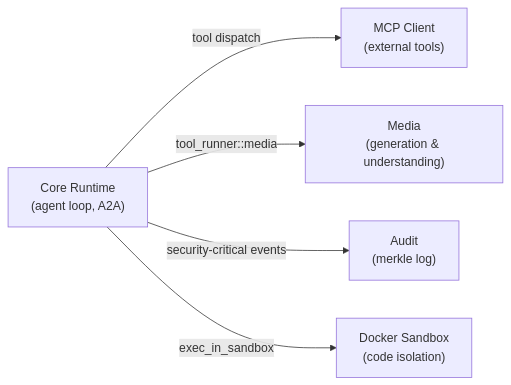
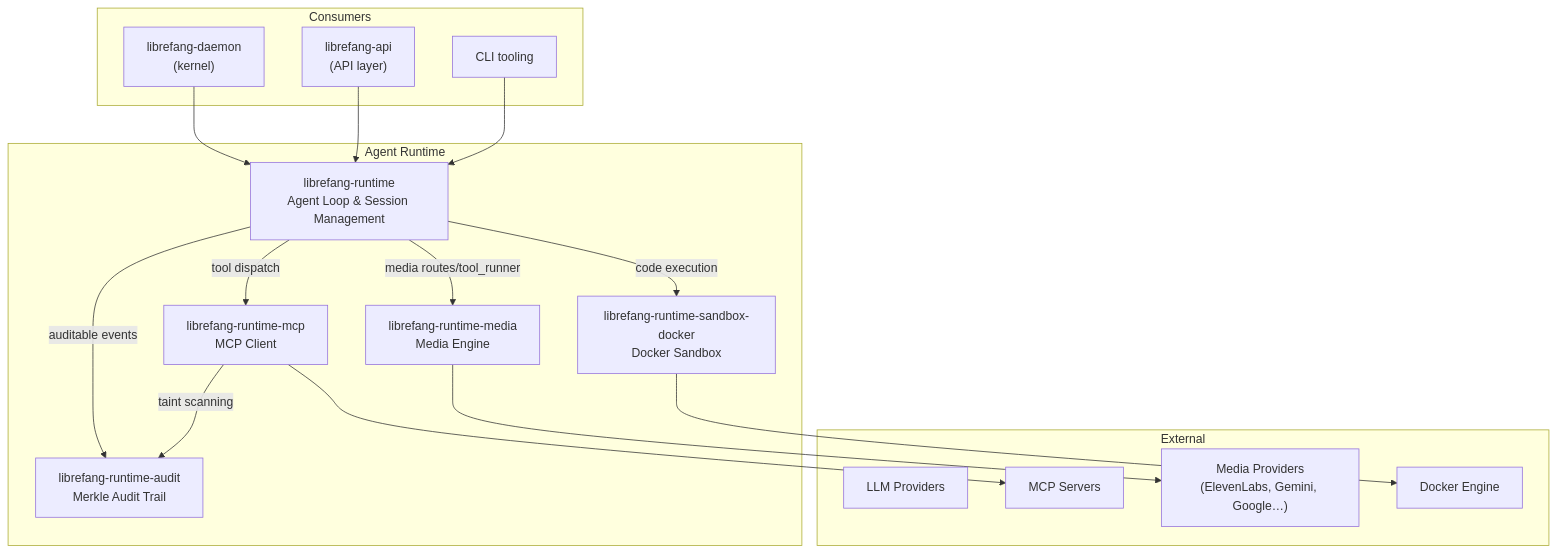
One commit to leszek3737/librefang-WIki changed the diagram in agent-runtime.md. Above: the diagram before and after it, drawn with Mermaid. The commit also changed other lines of this file and 119 other files, not shown here.

````diff
--- a/agent-runtime.md
+++ b/agent-runtime.md
@@ -19,13 +9,37 @@
 ```mermaid
-graph LR
-    Core["Core Runtime<br/>(agent loop, A2A)"]
-    Audit["Audit<br/>(merkle log)"]
-    MCP["MCP Client<br/>(external tools)"]
-    Media["Media<br/>(generation & understanding)"]
-    Sandbox["Docker Sandbox<br/>(code isolation)"]
+graph TB
+    subgraph "Consumers"
+        Kernel["librefang-daemon<br/>(kernel)"]
+        API["librefang-api<br/>(API layer)"]
+        CLI["CLI tooling"]
+    end
+
+    subgraph "Agent Runtime"
+        Core["librefang-runtime<br/>Agent Loop & Session Management"]
+        Audit["librefang-runtime-audit<br/>Merkle Audit Trail"]
+        MCP["librefang-runtime-mcp<br/>MCP Client"]
+        Media["librefang-runtime-media<br/>Media Engine"]
+        Sandbox["librefang-runtime-sandbox-docker<br/>Docker Sandbox"]
+    end
+
+    subgraph "External"
+        LLM["LLM Providers"]
+        MCPS["MCP Servers"]
+        Prov["Media Providers<br/>(ElevenLabs, Gemini, Google…)"]
+        Docker["Docker Engine"]
+    end
+
+    Kernel --> Core
+    API --> Core
+    CLI --> Core
 
     Core -->|"tool dispatch"| MCP
-    Core -->|"tool_runner::media"| Media
-    Core -->|"security-critical events"| Audit
-    Core -->|"exec_in_sandbox"| Sandbox
+    Core -->|"media routes/tool_runner"| Media
+    Core -->|"code execution"| Sandbox
+    Core -->|"auditable events"| Audit
+
+    MCP --> MCPS
+    MCP -->|"taint scanning"| Audit
+    Media --> Prov
+    Sandbox --> Docker
 ```
````
